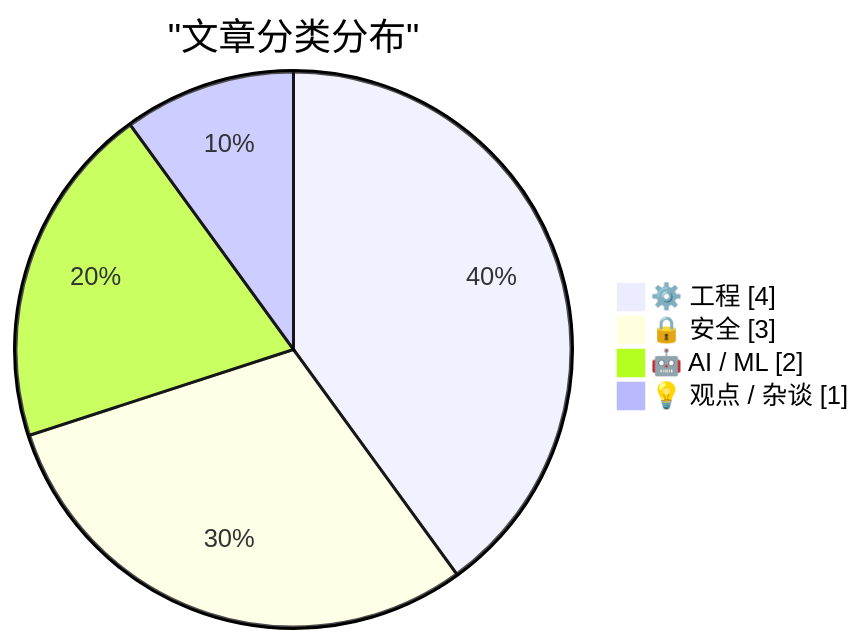
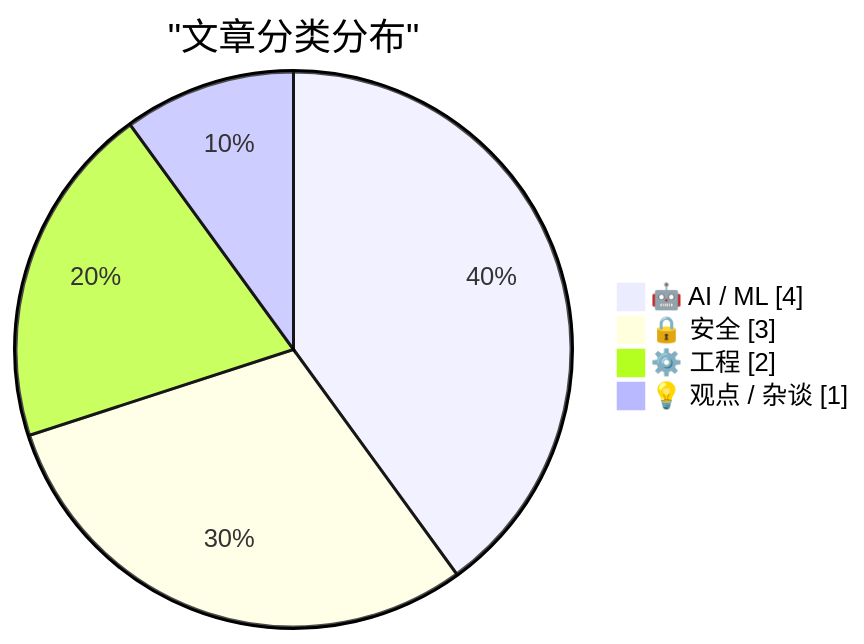
One commit to originem0/SZBlog changed the first of 2 diagrams in content/ai-daily/2026-03-20.md. Above: the diagram before and after it, drawn with Mermaid. The commit also changed other lines of this file, not shown here.

````diff
--- a/content/ai-daily/2026-03-20.md
+++ b/content/ai-daily/2026-03-20.md
@@ -56,8 +56,8 @@
 ```mermaid
 pie showData
     title "文章分类分布"
-    "⚙️ 工程" : 4
+    "🤖 AI / ML" : 4
     "🔒 安全" : 3
-    "🤖 AI / ML" : 2
+    "⚙️ 工程" : 2
     "💡 观点 / 杂谈" : 1
 ```
````
